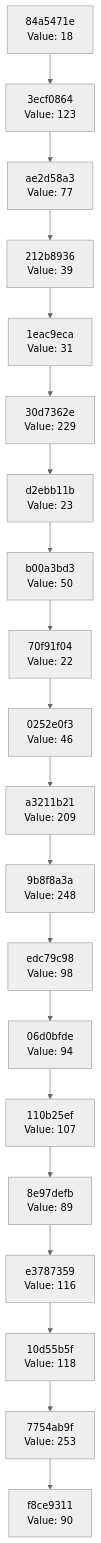
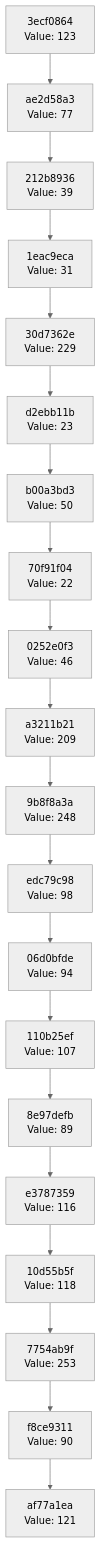
The diagram in docs/CHAIN_VISUALIZATION.md (Abhisheksinha1506/hash-chain-evolver), drawn with Mermaid (neutral theme) before and after one commit. The commit also changed 2 other files, not shown here.

Commit message:
Evolution step: hash 0x79 → action executed

````diff
--- a/docs/CHAIN_VISUALIZATION.md
+++ b/docs/CHAIN_VISUALIZATION.md
@@ -3,42 +3,42 @@
 ```mermaid
 graph TD
-    C0["f8ce9311<br/>Value: 90"]
-    C1["7754ab9f<br/>Value: 253"]
+    C0["af77a1ea<br/>Value: 121"]
+    C1["f8ce9311<br/>Value: 90"]
     C1 --> C0
-    C2["10d55b5f<br/>Value: 118"]
+    C2["7754ab9f<br/>Value: 253"]
     C2 --> C1
-    C3["e3787359<br/>Value: 116"]
+    C3["10d55b5f<br/>Value: 118"]
     C3 --> C2
-    C4["8e97defb<br/>Value: 89"]
+    C4["e3787359<br/>Value: 116"]
     C4 --> C3
-    C5["110b25ef<br/>Value: 107"]
+    C5["8e97defb<br/>Value: 89"]
     C5 --> C4
-    C6["06d0bfde<br/>Value: 94"]
+    C6["110b25ef<br/>Value: 107"]
     C6 --> C5
-    C7["edc79c98<br/>Value: 98"]
+    C7["06d0bfde<br/>Value: 94"]
     C7 --> C6
-    C8["9b8f8a3a<br/>Value: 248"]
+    C8["edc79c98<br/>Value: 98"]
     C8 --> C7
-    C9["a3211b21<br/>Value: 209"]
+    C9["9b8f8a3a<br/>Value: 248"]
     C9 --> C8
-    C10["0252e0f3<br/>Value: 46"]
+    C10["a3211b21<br/>Value: 209"]
     C10 --> C9
-    C11["70f91f04<br/>Value: 22"]
+    C11["0252e0f3<br/>Value: 46"]
     C11 --> C10
-    C12["b00a3bd3<br/>Value: 50"]
+    C12["70f91f04<br/>Value: 22"]
     C12 --> C11
-    C13["d2ebb11b<br/>Value: 23"]
+    C13["b00a3bd3<br/>Value: 50"]
     C13 --> C12
-    C14["30d7362e<br/>Value: 229"]
+    C14["d2ebb11b<br/>Value: 23"]
     C14 --> C13
-    C15["1eac9eca<br/>Value: 31"]
+    C15["30d7362e<br/>Value: 229"]
     C15 --> C14
-    C16["212b8936<br/>Value: 39"]
+    C16["1eac9eca<br/>Value: 31"]
     C16 --> C15
-    C17["ae2d58a3<br/>Value: 77"]
+    C17["212b8936<br/>Value: 39"]
     C17 --> C16
-    C18["3ecf0864<br/>Value: 123"]
+    C18["ae2d58a3<br/>Value: 77"]
     C18 --> C17
-    C19["84a5471e<br/>Value: 18"]
+    C19["3ecf0864<br/>Value: 123"]
     C19 --> C18
 ```
````
